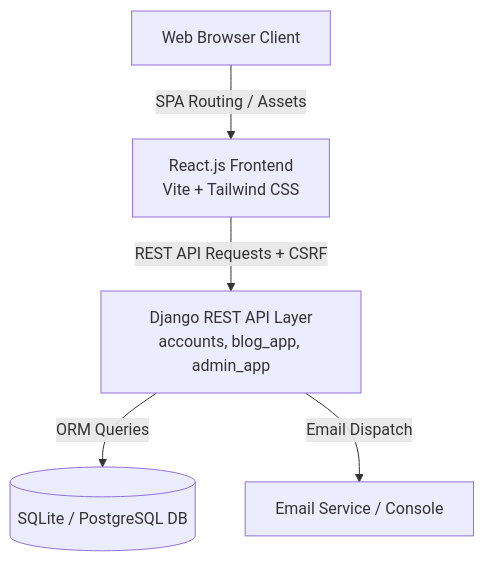
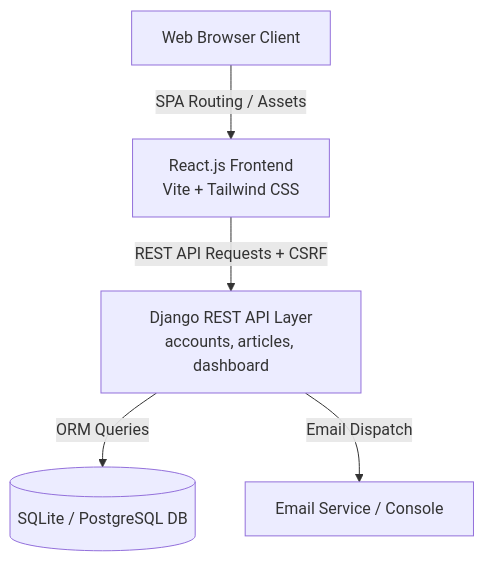
The diagram in README.md (logicbyroshan/devdocx), drawn with Mermaid before and after one commit. The commit also changed other lines of this file and 43 other files, not shown here.

Commit message:
refactor(architecture): rename apps to articles and dashboard, clean dead code and legacy stubs

````diff
--- a/README.md
+++ b/README.md
@@ -49,7 +49,7 @@
 ```mermaid
 graph TD
     Client[Web Browser Client] -->|SPA Routing / Assets| ReactApp[React.js Frontend\nVite + Tailwind CSS]
-    ReactApp -->|REST API Requests + CSRF| DjangoAPI[Django REST API Layer\naccounts, blog_app, admin_app]
+    ReactApp -->|REST API Requests + CSRF| DjangoAPI[Django REST API Layer\naccounts, articles, dashboard]
     DjangoAPI -->|ORM Queries| DB[(SQLite / PostgreSQL DB)]
     DjangoAPI -->|Email Dispatch| SMTP[Email Service / Console]
 ```
````
